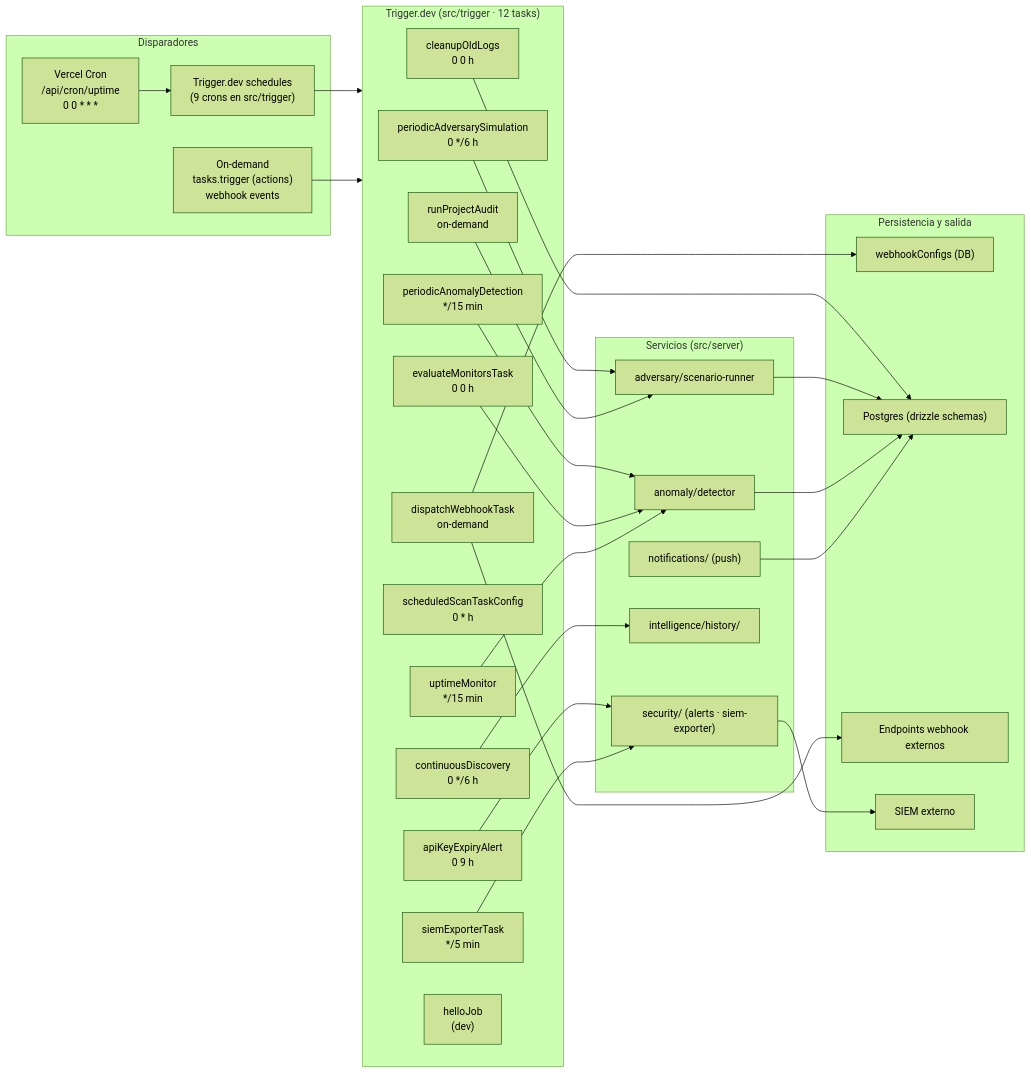
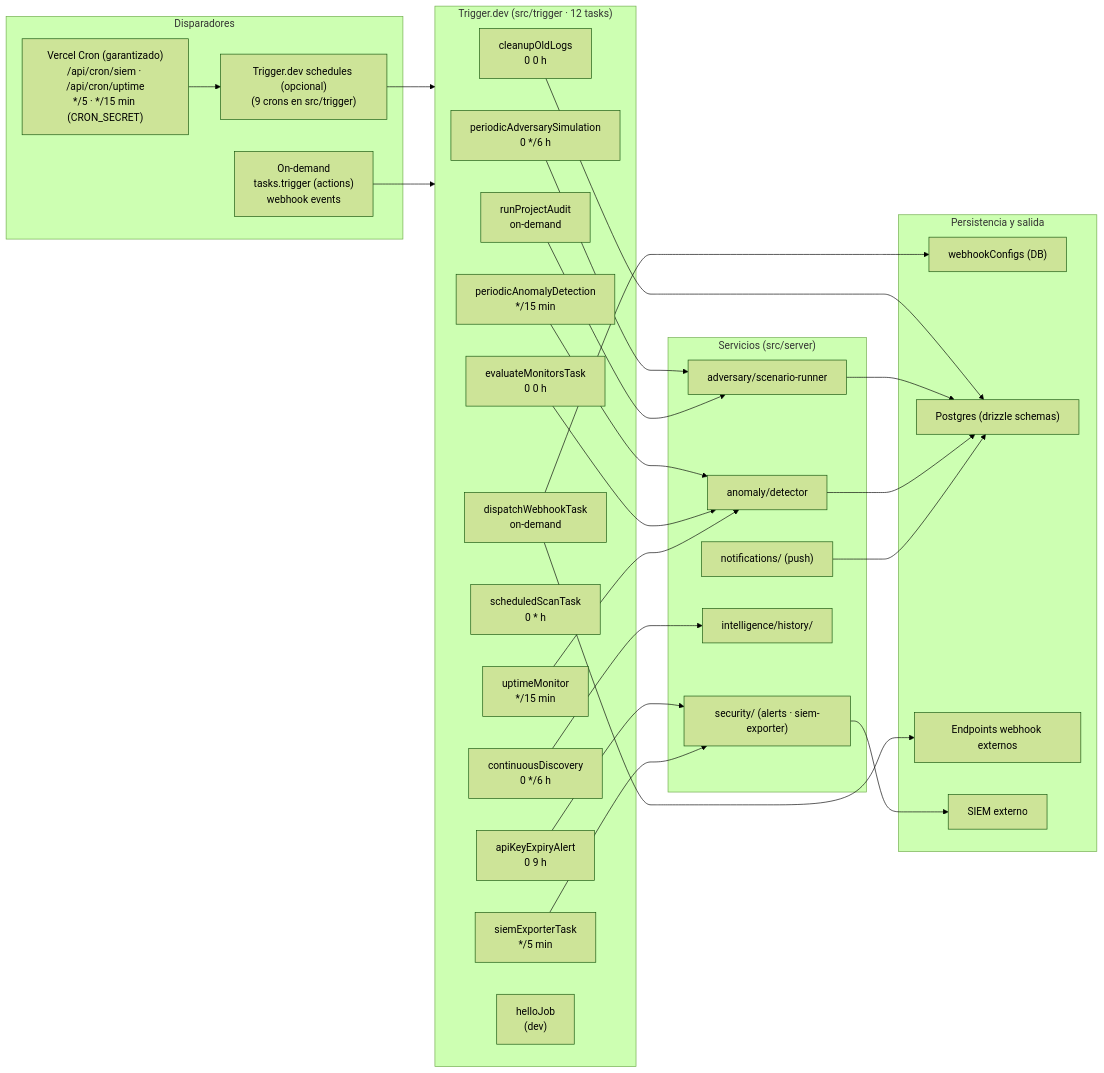
The third of 4 diagrams in docs/architecture/SYSTEM-MAP.md (StrategicConnex/StrategicConnexAudit), drawn with Mermaid (forest theme) before and after one commit. The commit also changed other lines of this file, not shown here.

First line of the commit message:
docs(architecture): refresh SYSTEM-MAP v2.0 al estado real (commit c0b317c)

````diff
--- a/docs/architecture/SYSTEM-MAP.md
+++ b/docs/architecture/SYSTEM-MAP.md
@@ -167,57 +167,57 @@
 ```mermaid
 flowchart LR
     subgraph SCHED["Disparadores"]
-        CRON["Vercel Cron<br/>/api/cron/uptime<br/>0 0 * * *"]
-        SCHED2["Trigger.dev schedules<br/>(9 crons en src/trigger)"]
+        CRON["Vercel Cron (garantizado)<br/>/api/cron/siem · /api/cron/uptime<br/>*/5 · */15 min (CRON_SECRET)"]
+        SCHED2["Trigger.dev schedules (opcional)<br/>(9 crons en src/trigger)"]
         ONDEMAND["On-demand<br/>tasks.trigger (actions)<br/>webhook events"]
     end
 
     subgraph TRIG["Trigger.dev (src/trigger · 12 tasks)"]
         T_ADV["periodicAdversarySimulation<br/>0 */6 h"]
         T_ANOM["periodicAnomalyDetection<br/>*/15 min"]
         T_KEY["apiKeyExpiryAlert<br/>0 9 h"]
         T_CLEAN["cleanupOldLogs<br/>0 0 h"]
         T_DISC["continuousDiscovery<br/>0 */6 h"]
         T_MON["evaluateMonitorsTask<br/>0 0 h"]
-        T_SCAN["scheduledScanTaskConfig<br/>0 * h"]
+        T_SCAN["scheduledScanTask<br/>0 * h"]
         T_SIEM["siemExporterTask<br/>*/5 min"]
         T_UP["uptimeMonitor<br/>*/15 min"]
         T_AUDIT["runProjectAudit<br/>on-demand"]
         T_WEB["dispatchWebhookTask<br/>on-demand"]
         T_HELLO["helloJob<br/>(dev)"]
     end
 
     subgraph SRVC["Servicios (src/server)"]
         S_ADV["adversary/scenario-runner"]
         S_ANOM["anomaly/detector"]
         S_SEC["security/ (alerts · siem-exporter)"]
         S_HIST["intelligence/history/"]
         S_NOTIF["notifications/ (push)"]
     end
 
     subgraph DATA2["Persistencia y salida"]
         D_WH["webhookConfigs (DB)"]
         D_DB["Postgres (drizzle schemas)"]
         D_EXT["Endpoints webhook externos"]
         D_SIEM["SIEM externo"]
     end
 
     CRON --> SCHED2
     SCHED2 --> TRIG
     ONDEMAND --> TRIG
     T_ADV --> S_ADV
     T_ANOM --> S_ANOM
     T_MON --> S_ANOM
     T_KEY --> S_SEC
     T_DISC --> S_HIST
     T_SIEM --> S_SEC
     T_UP --> S_ANOM
     T_AUDIT --> S_ADV
     T_CLEAN --> D_DB
     S_ADV --> D_DB
     S_ANOM --> D_DB
     S_SEC --> D_SIEM
     S_NOTIF --> D_DB
     T_WEB --> D_WH
     T_WEB --> D_EXT
 ```
````
